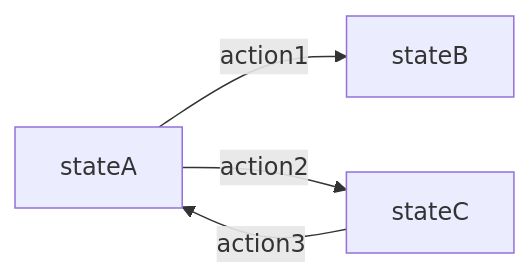
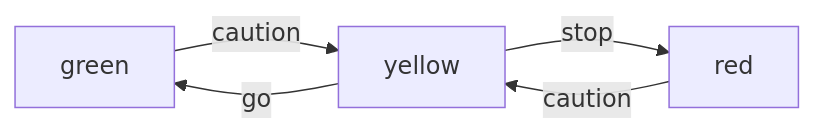
One commit to Edgenesis/shifu changed the diagram in docs/design/design-shifuFSM.md. Above: the diagram before and after it, drawn with Mermaid. The commit also changed other lines of this file, not shown here.

````diff
--- a/docs/design/design-shifuFSM.md
+++ b/docs/design/design-shifuFSM.md
@@ -5,7 +6,8 @@
 ```mermaid
 flowchart LR
-stateA -->|action1| stateB
-stateA -->|action2| stateC
-stateC -->|action3| stateA
+green -->|caution| yellow
+yellow -->|go| green
+red -->|caution| yellow
+yellow -->|stop| red
 
 ```
````
